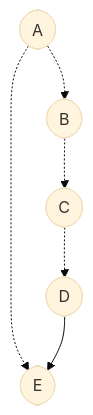
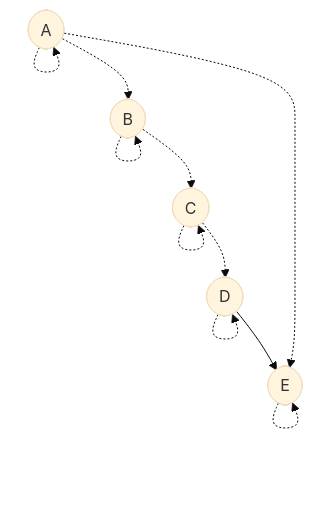
One commit to stepchowfun/proofs changed diagram 17 of 21 in proofs/AdmissibilityGraph/README.md. Above: the diagram before and after it, drawn with Mermaid (base theme). The commit also changed other lines of this file, not shown here.

Commit message:
Add some common admissibility graph patterns

````diff
--- a/proofs/AdmissibilityGraph/README.md
+++ b/proofs/AdmissibilityGraph/README.md
@@ -287,14 +327,20 @@
 ```mermaid
 flowchart TD
   a([A])
   b([B])
   c([C])
   d([D])
   e([E])
 
+  a -.-> a
+  b -.-> b
+  c -.-> c
+  d -.-> d
+  e -.-> e
   a -.-> b
   b -.-> c
   c -.-> d
   a -.-> e
+
   d --> e
 ```
````
